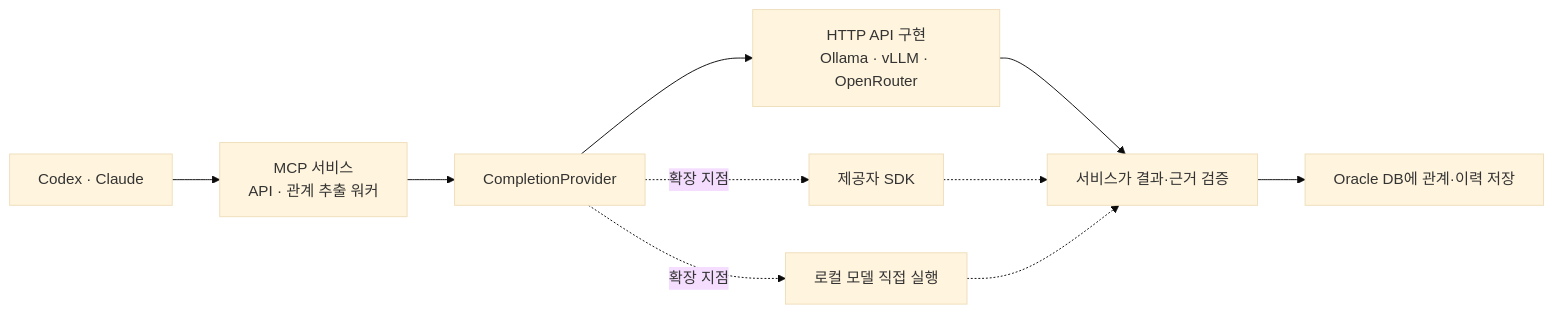
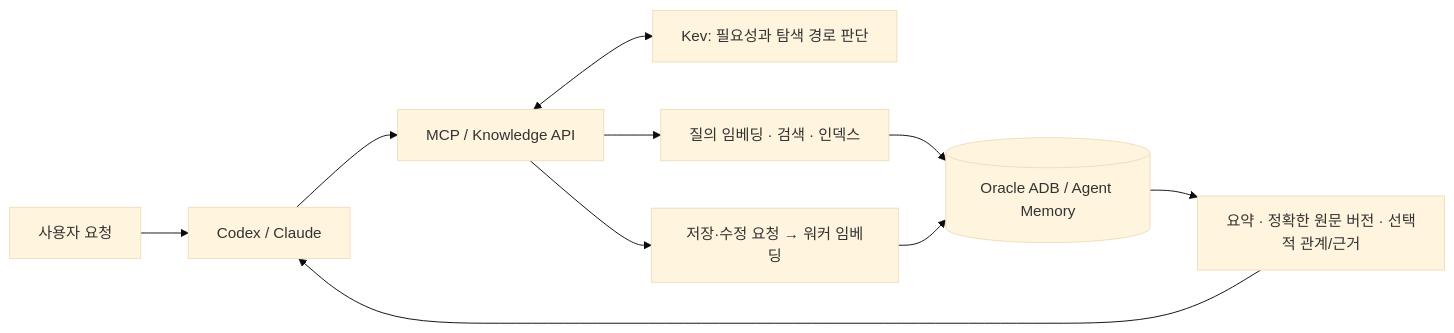
The diagram in README.md (devmrko/adb-agent-knowledge), drawn with Mermaid (base theme) before and after one commit. The commit also changed other lines of this file and 12 other files, not shown here.

````diff
--- a/README.md
+++ b/README.md
@@ -182,12 +61,12 @@
 ```mermaid
 flowchart LR
-    Agent["Codex · Claude"] --> Service["MCP 서비스<br/>API · 관계 추출 워커"]
-    Service --> Interface["CompletionProvider"]
-    Interface --> HTTP["HTTP API 구현<br/>Ollama · vLLM · OpenRouter"]
-    Interface -. 확장 지점 .-> SDK["제공자 SDK"]
-    Interface -. 확장 지점 .-> Local["로컬 모델 직접 실행"]
-    HTTP --> Validate["서비스가 결과·근거 검증"]
-    SDK -.-> Validate
-    Local -.-> Validate
-    Validate --> Oracle["Oracle DB에 관계·이력 저장"]
+    User["사용자 요청"] --> Agent["Codex / Claude"]
+    Agent --> MCP["MCP / Knowledge API"]
+    MCP <--> Kev["Kev: 필요성과 탐색 경로 판단"]
+    MCP --> Search["질의 임베딩 · 검색 · 인덱스"]
+    Search --> DB[("Oracle ADB / Agent Memory")]
+    MCP --> Save["저장·수정 요청 → 워커 임베딩"]
+    Save --> DB
+    DB --> Evidence["요약 · 정확한 원문 버전 · 선택적 관계/근거"]
+    Evidence --> Agent
 ```
````
